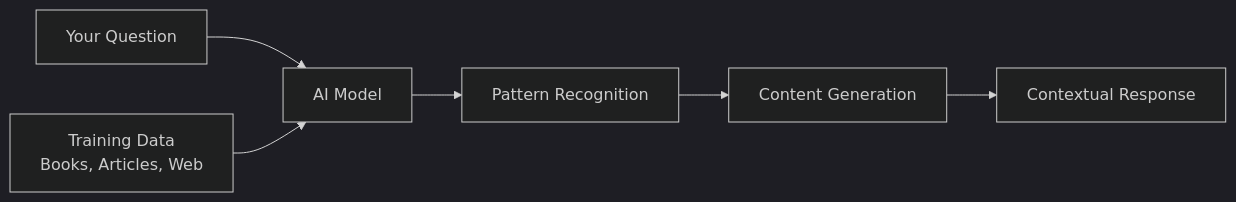
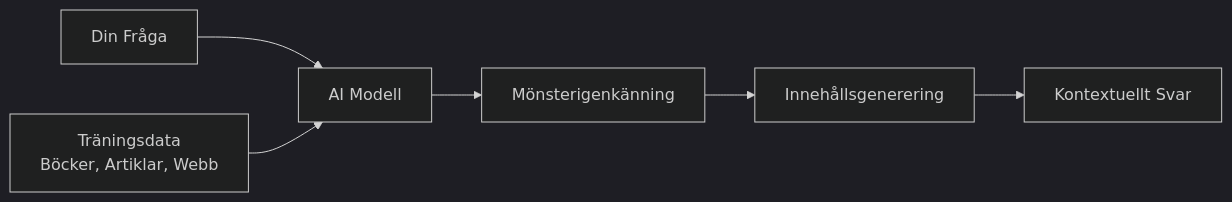
Before and after one commit to microsoft/Web-Dev-For-Beginners: the third of 14 diagrams in translations/sv/9-chat-project/README.md, drawn with Mermaid (dark theme). The commit also changed other lines of this file and 99 other files, not shown here.

````diff
--- a/translations/sv/9-chat-project/README.md
+++ b/translations/sv/9-chat-project/README.md
@@ -43,9 +104,9 @@
 ```mermaid
 graph LR
-    A[Your Question] --> B[AI Model]
-    B --> C[Pattern Recognition]
-    C --> D[Content Generation]
-    D --> E[Contextual Response]
+    A[Din Fråga] --> B[AI Modell]
+    B --> C[Mönsterigenkänning]
+    C --> D[Innehållsgenerering]
+    D --> E[Kontextuellt Svar]
     
-    F[Training Data<br/>Books, Articles, Web] --> B
+    F[Träningsdata<br/>Böcker, Artiklar, Webb] --> B
 ```
````
